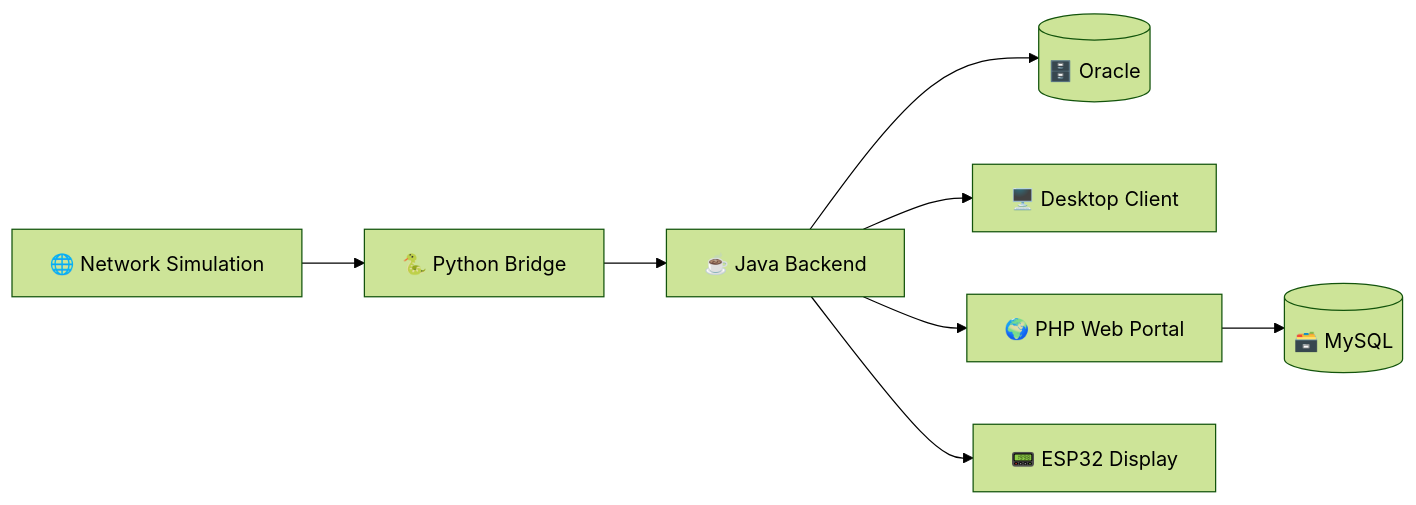
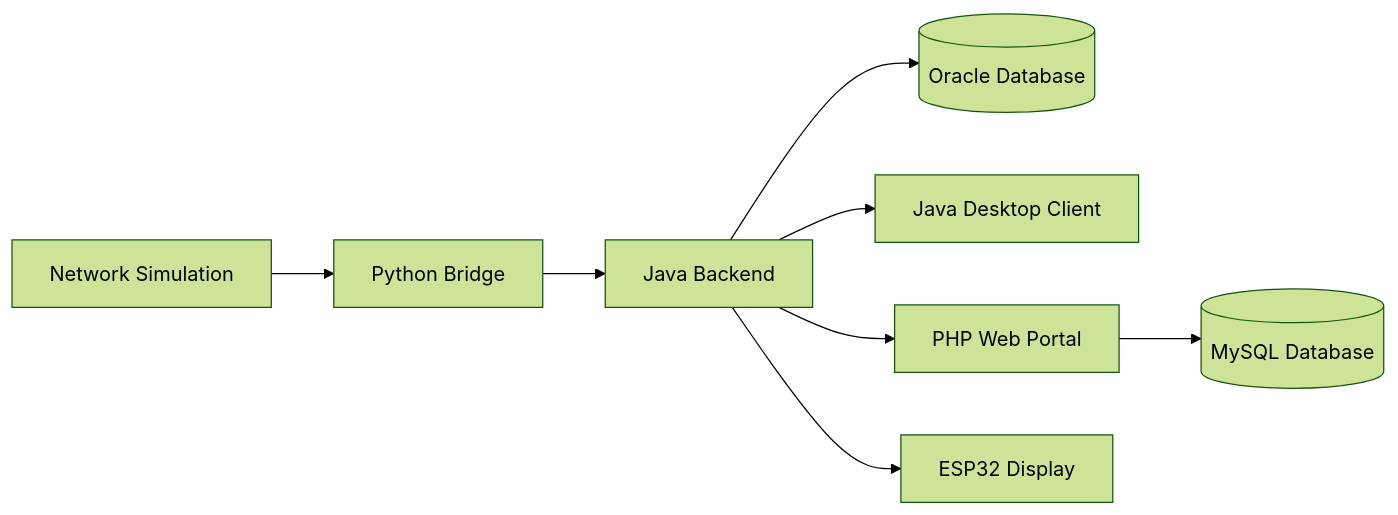
One commit to Git-Mohammed/netpulse changed the first of 2 diagrams in README.md. Above: the diagram before and after it, drawn with Mermaid (forest theme). The commit also changed other lines of this file, not shown here.

````diff
--- a/README.md
+++ b/README.md
@@ -92,20 +288,22 @@
 ```mermaid
 flowchart LR
 
-    A["🌐 Network Simulation"]
-    B["🐍 Python Bridge"]
-    C["☕ Java Backend"]
-    D[("🗄️ Oracle")]
-    E["🖥️ Desktop Client"]
-    F["🌍 PHP Web Portal"]
-    G[("🗃️ MySQL")]
-    H["📟 ESP32 Display"]
+    A["Network Simulation"]
+    B["Python Bridge"]
+    C["Java Backend"]
+    D[("Oracle Database")]
+    E["Java Desktop Client"]
+    F["PHP Web Portal"]
+    G[("MySQL Database")]
+    H["ESP32 Display"]
 
     A --> B
     B --> C
+
     C --> D
     C --> E
     C --> F
+    C --> H
+
     F --> G
-    C --> H
 ```
````
